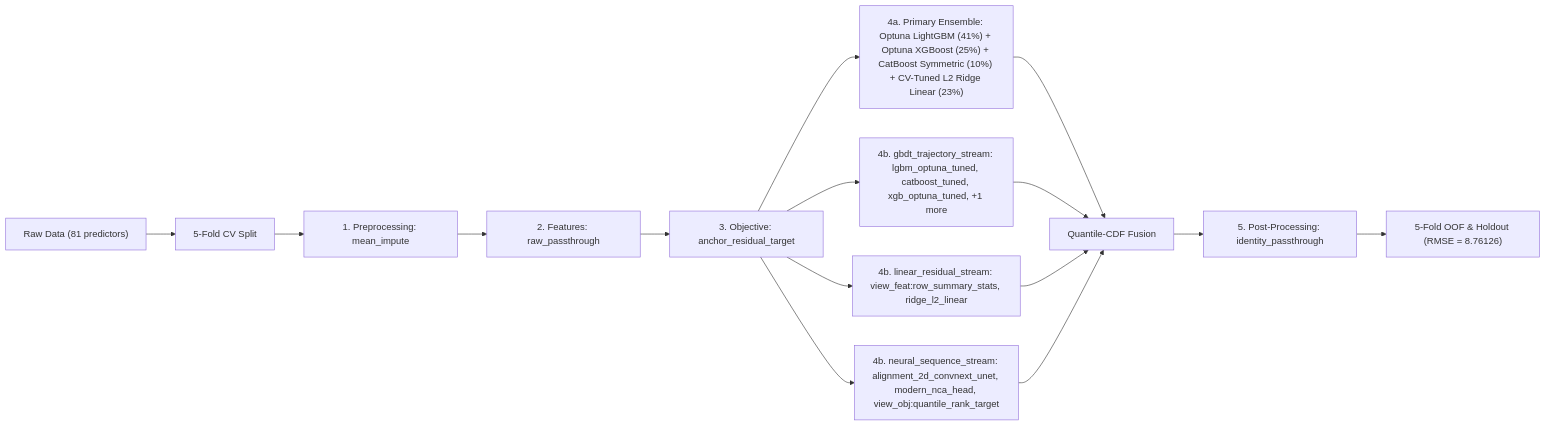
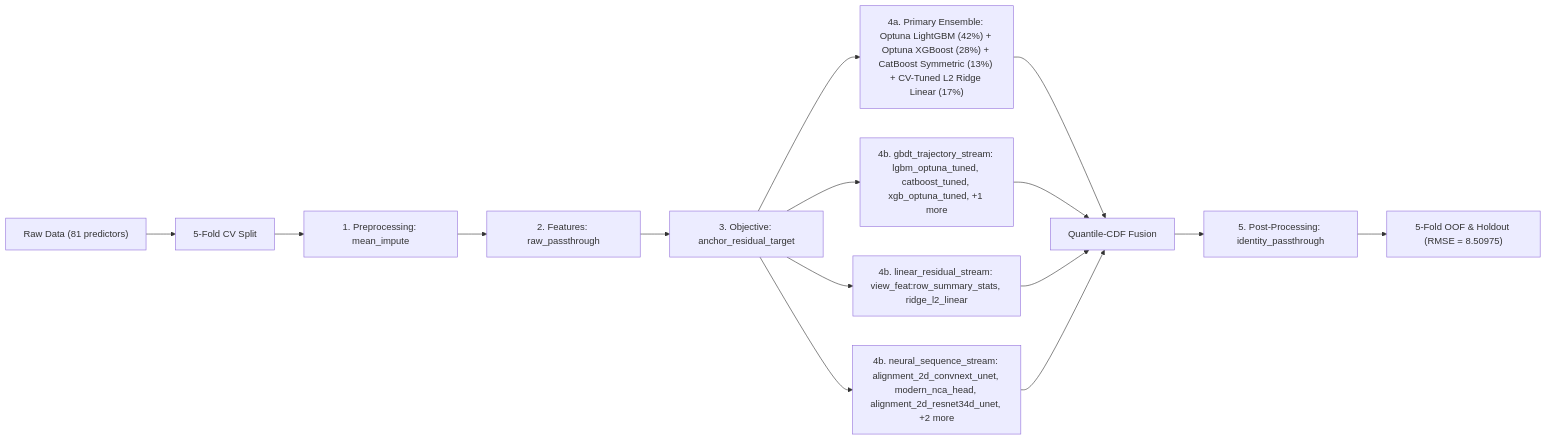
The diagram in README.md (stefanoclss/ROGII-Wellbore-Geology-Prediction), drawn with Mermaid before and after one commit. The commit also changed other lines of this file, not shown here.

First line of the commit message:
docs(readme): refresh verified OOF benchmark & build ledger (RMSE=8.50975)

````diff
--- a/README.md
+++ b/README.md
@@ -75,17 +76,17 @@
 ```mermaid
 flowchart LR
     DATA["Raw Data (81 predictors)"] --> SPLIT["5-Fold CV Split"]
     SPLIT --> PRE["1. Preprocessing: mean_impute"]
     PRE --> FEAT["2. Features: raw_passthrough"]
     FEAT --> OBJ["3. Objective: anchor_residual_target"]
-    OBJ --> M0["4a. Primary Ensemble: Optuna LightGBM (41%) + Optuna XGBoost (25%) + CatBoost Symmetric (10%) + CV-Tuned L2 Ridge Linear (23%)"]
+    OBJ --> M0["4a. Primary Ensemble: Optuna LightGBM (42%) + Optuna XGBoost (28%) + CatBoost Symmetric (13%) + CV-Tuned L2 Ridge Linear (17%)"]
     M0 --> FUSE["Quantile-CDF Fusion"]
     OBJ --> S1["4b. gbdt_trajectory_stream: lgbm_optuna_tuned, catboost_tuned, xgb_optuna_tuned, +1 more"]
     S1 --> FUSE
     OBJ --> S2["4b. linear_residual_stream: view_feat:row_summary_stats, ridge_l2_linear"]
     S2 --> FUSE
-    OBJ --> S3["4b. neural_sequence_stream: alignment_2d_convnext_unet, modern_nca_head, view_obj:quantile_rank_target"]
+    OBJ --> S3["4b. neural_sequence_stream: alignment_2d_convnext_unet, modern_nca_head, alignment_2d_resnet34d_unet, +2 more"]
     S3 --> FUSE
     FUSE --> POST["5. Post-Processing: identity_passthrough"]
-    POST --> OUT["5-Fold OOF & Holdout (RMSE = 8.76126)"]
+    POST --> OUT["5-Fold OOF & Holdout (RMSE = 8.50975)"]
 ```
````
